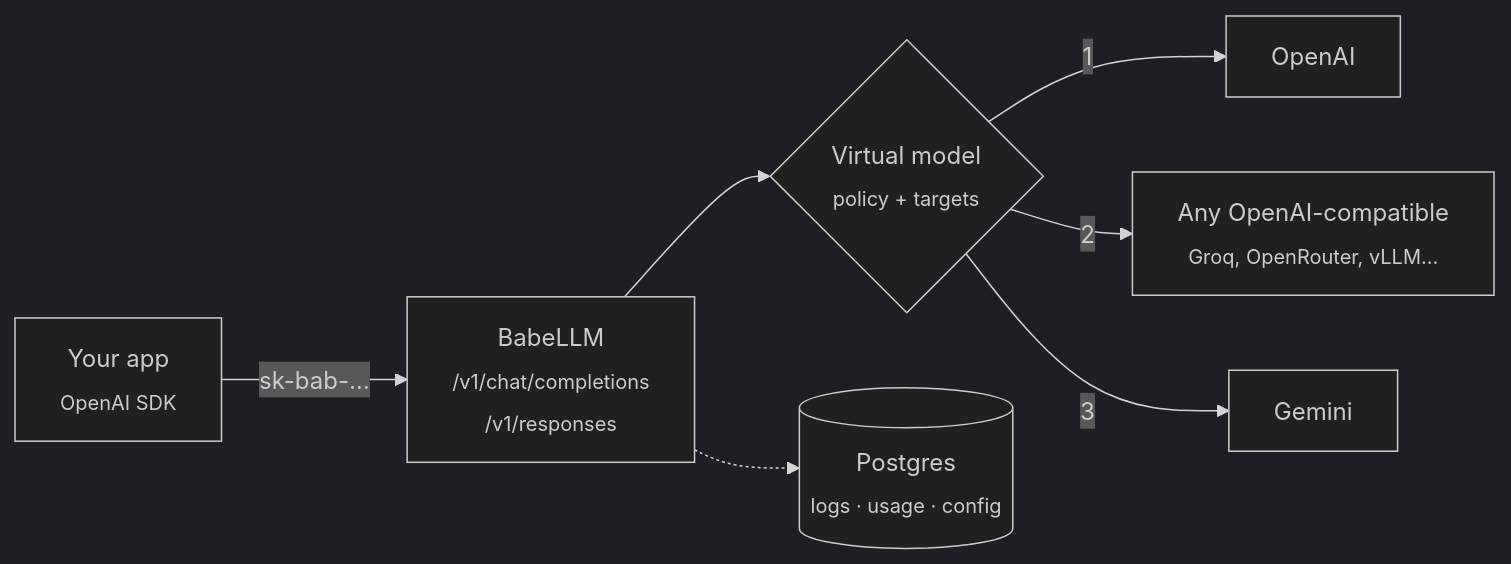
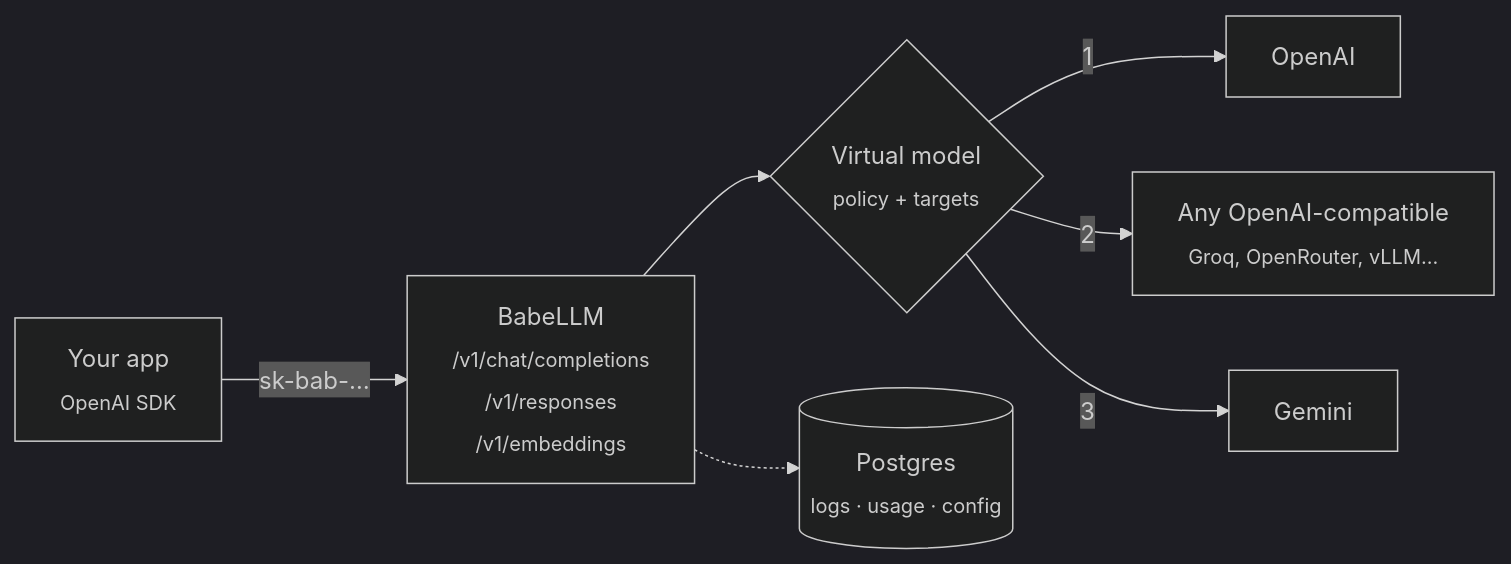
The diagram in README.md (slzdev/babellm-gateway), drawn with Mermaid (dark theme) before and after one commit. The commit also changed other lines of this file, not shown here.

First line of the commit message:
docs(readme): document POST /v1/embeddings

````diff
--- a/README.md
+++ b/README.md
@@ -104,9 +140,9 @@
 ```mermaid
 flowchart LR
-    A["Your app<br/><sub>OpenAI SDK</sub>"] -->|"sk-bab-…"| B["BabeLLM<br/><sub>/v1/chat/completions<br/>/v1/responses</sub>"]
+    A["Your app<br/><sub>OpenAI SDK</sub>"] -->|"sk-bab-…"| B["BabeLLM<br/><sub>/v1/chat/completions<br/>/v1/responses<br/>/v1/embeddings</sub>"]
     B --> C{"Virtual model<br/><sub>policy + targets</sub>"}
     C -->|1| D["OpenAI"]
     C -->|2| E["Any OpenAI-compatible<br/><sub>Groq, OpenRouter, vLLM…</sub>"]
     C -->|3| F["Gemini"]
     B -.-> G[("Postgres<br/><sub>logs · usage · config</sub>")]
 ```
````
